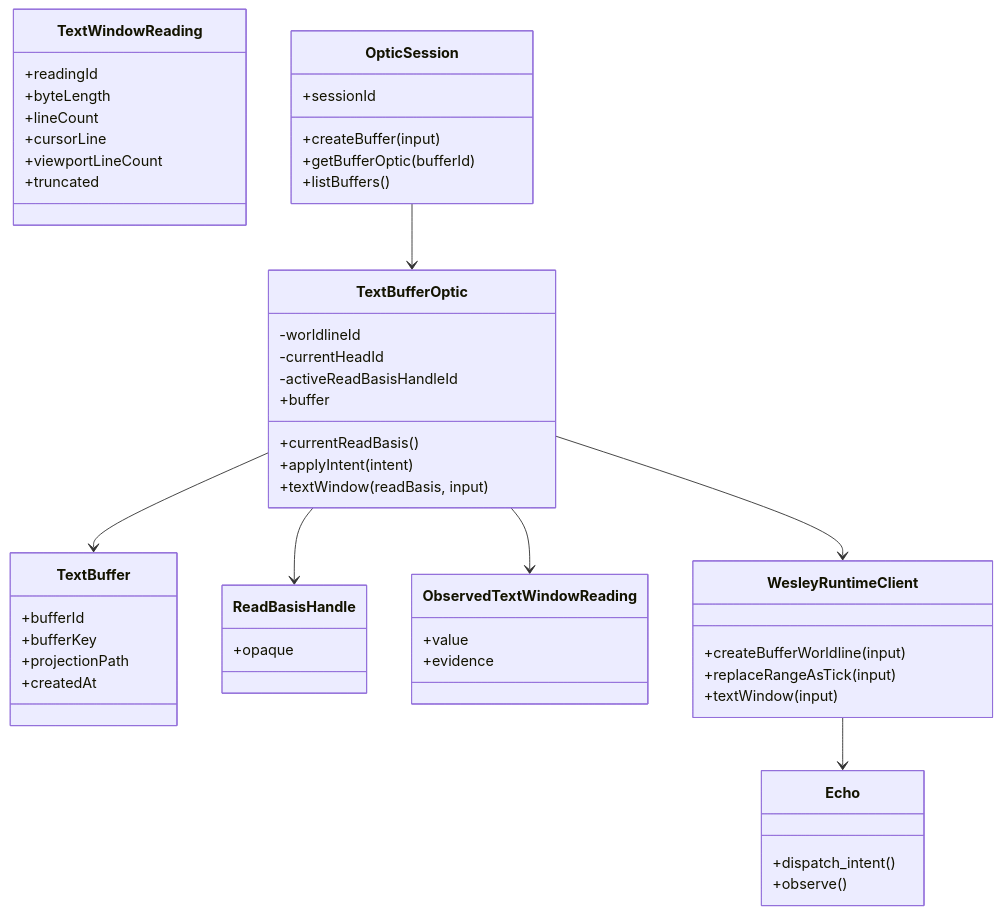
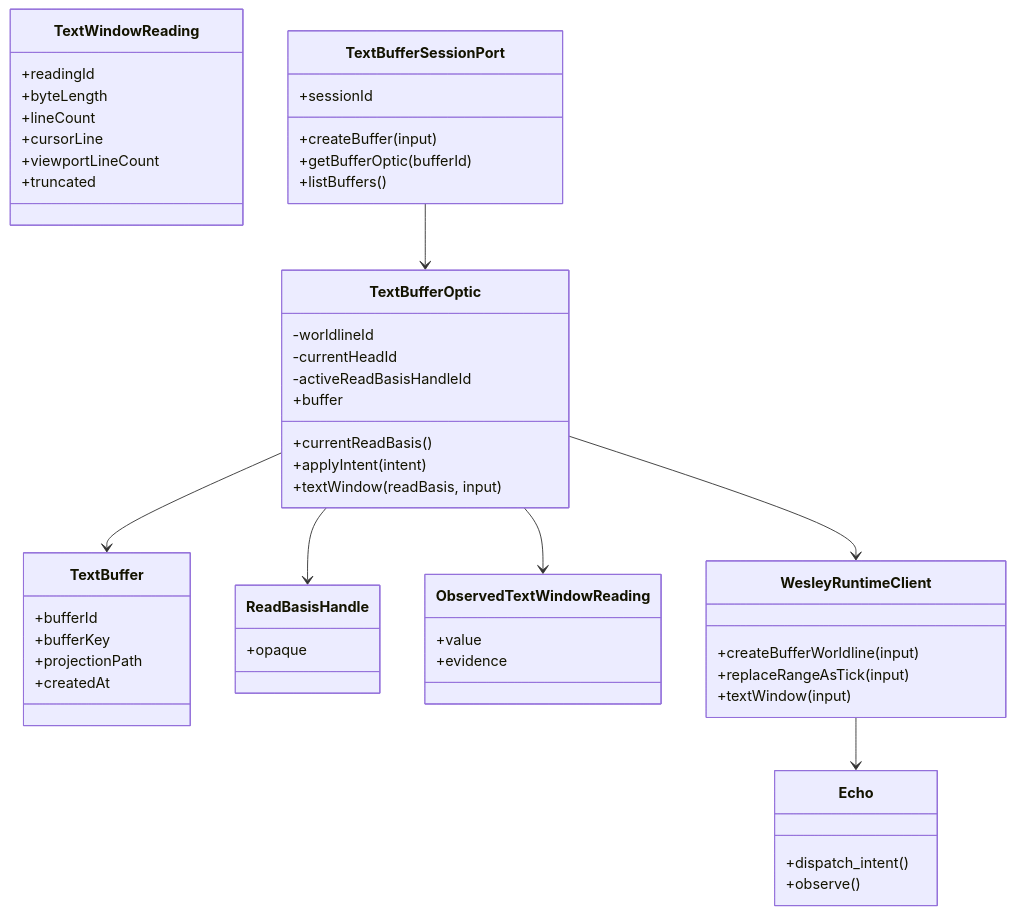
One commit to flyingrobots/jedit changed the second of 4 diagrams in docs/data-model.md. Above: the diagram before and after it, drawn with Mermaid. The commit also changed other lines of this file and 21 other files, not shown here.

Commit message:
refactor(echo): put text buffer session behind port

````diff
--- a/docs/data-model.md
+++ b/docs/data-model.md
@@ -369,62 +369,62 @@
 ```mermaid
 classDiagram
   class TextBuffer {
     +bufferId
     +bufferKey
     +projectionPath
     +createdAt
   }
 
   class ReadBasisHandle {
     +opaque
   }
 
   class TextWindowReading {
     +readingId
     +byteLength
     +lineCount
     +cursorLine
     +viewportLineCount
     +truncated
   }
 
   class ObservedTextWindowReading {
     +value
     +evidence
   }
 
   class TextBufferOptic {
     -worldlineId
     -currentHeadId
     -activeReadBasisHandleId
     +buffer
     +currentReadBasis()
     +applyIntent(intent)
     +textWindow(readBasis, input)
   }
 
-  class OpticSession {
+  class TextBufferSessionPort {
     +sessionId
     +createBuffer(input)
     +getBufferOptic(bufferId)
     +listBuffers()
   }
 
   class WesleyRuntimeClient {
     +createBufferWorldline(input)
     +replaceRangeAsTick(input)
     +textWindow(input)
   }
 
   class Echo {
     +dispatch_intent()
     +observe()
   }
 
-  OpticSession --> TextBufferOptic
+  TextBufferSessionPort --> TextBufferOptic
   TextBufferOptic --> TextBuffer
   TextBufferOptic --> ReadBasisHandle
   TextBufferOptic --> ObservedTextWindowReading
   TextBufferOptic --> WesleyRuntimeClient
   WesleyRuntimeClient --> Echo
 ```
````
